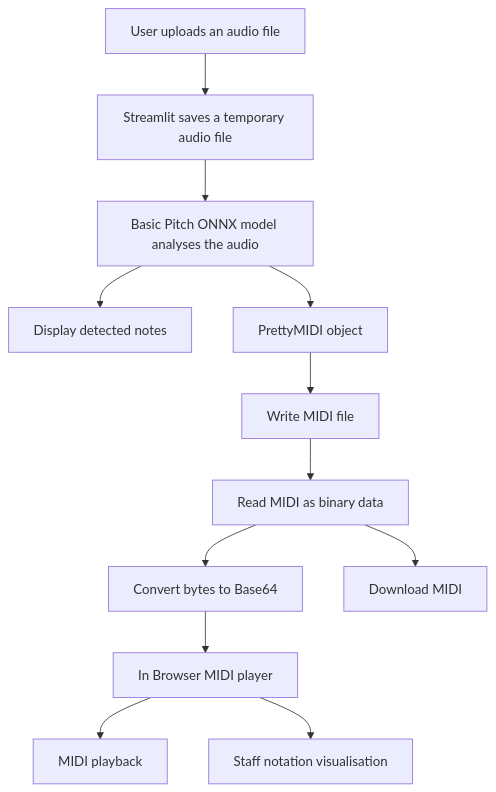
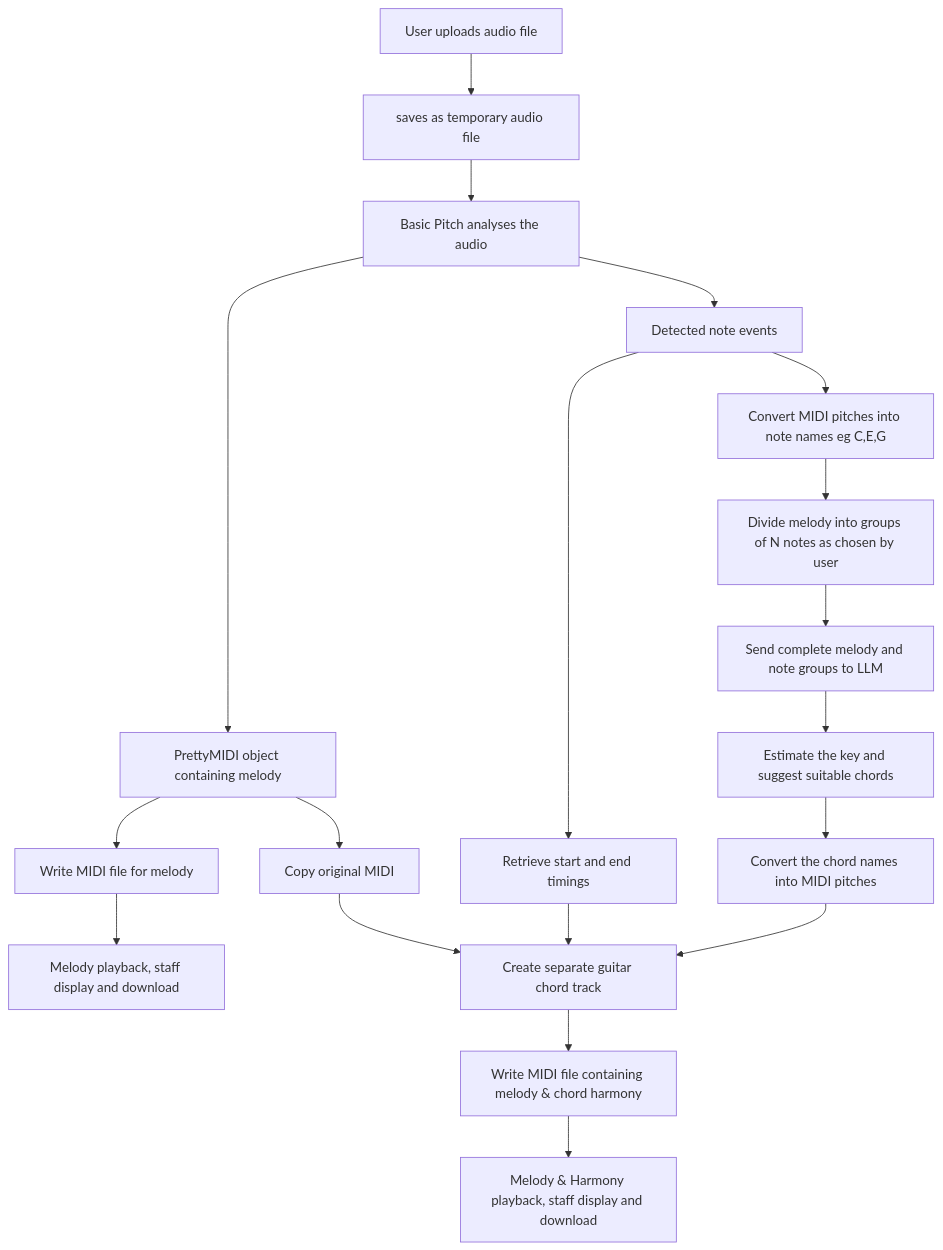
One commit to germcauley/Capstone_Project changed the diagram in Readme.md. Above: the diagram before and after it, drawn with Mermaid. The commit also changed other lines of this file, not shown here.

Commit message:
updated readme for llm chord improvements

````diff
--- a/Readme.md
+++ b/Readme.md
@@ -48,14 +61,25 @@
 ```mermaid
 flowchart TD
-    A[User uploads an audio file] --> B[Streamlit saves a temporary audio file]
-    B --> C[Basic Pitch ONNX model analyses the audio]
-    C --> D[Display detected notes]
-    C --> E[PrettyMIDI object]
-    E --> F[Write MIDI file]
-    F --> G[Read MIDI as binary data]
-    G --> H[Convert bytes to Base64]
-    H --> I[In Browser MIDI player]
-    I --> J[MIDI playback]
-    I --> K[Staff notation visualisation]
-    G --> L[Download MIDI]
+    A["User uploads audio file"] --> B["saves as temporary audio file"]
+    B --> C["Basic Pitch analyses the audio"]
+    C --> D["Detected note events"]
+    C --> E["PrettyMIDI object containing melody"]
+
+    E --> F["Write MIDI file for melody"]
+    F --> G["Melody playback, staff display and download"]
+
+    D --> H["Convert MIDI pitches into note names eg C,E,G"]
+    H --> I["Divide melody into groups of N notes as chosen by user"]
+    I --> J["Send complete melody and note groups to LLM"]
+    J --> K["Estimate the key and suggest suitable chords"]
+    K --> L["Convert the chord names into MIDI pitches"]
+
+    D --> M["Retrieve start and end timings"]
+    E --> N["Copy original MIDI"]
+    L --> O["Create separate guitar chord track"]
+    M --> O
+    N --> O
+
+    O --> P["Write MIDI file containing melody & chord harmony"]
+    P --> Q["Melody & Harmony playback, staff display and download"]
 ```
````
